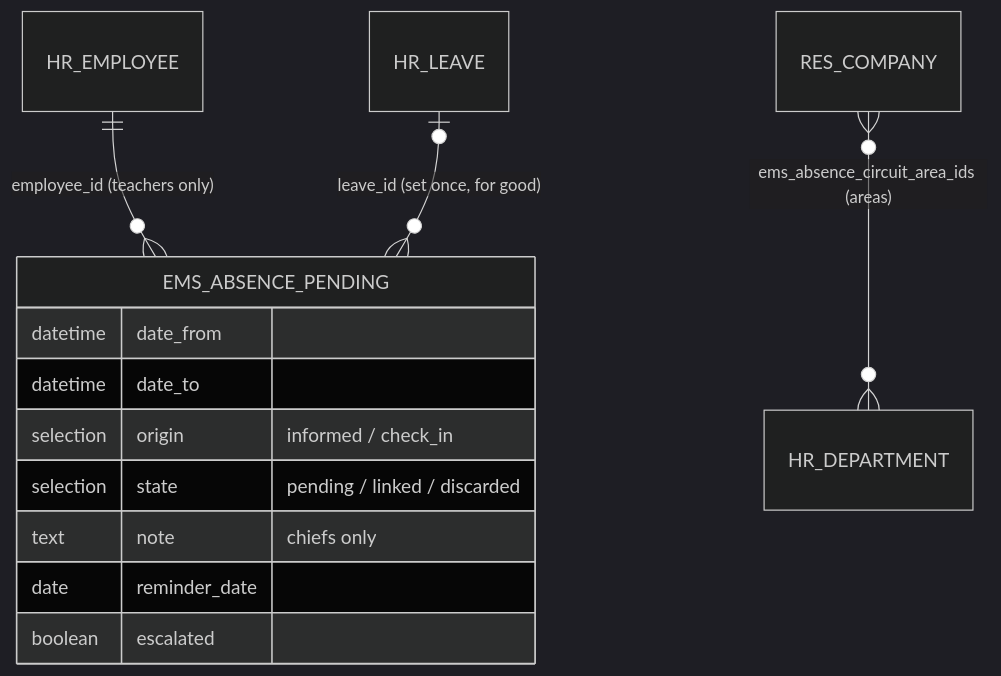
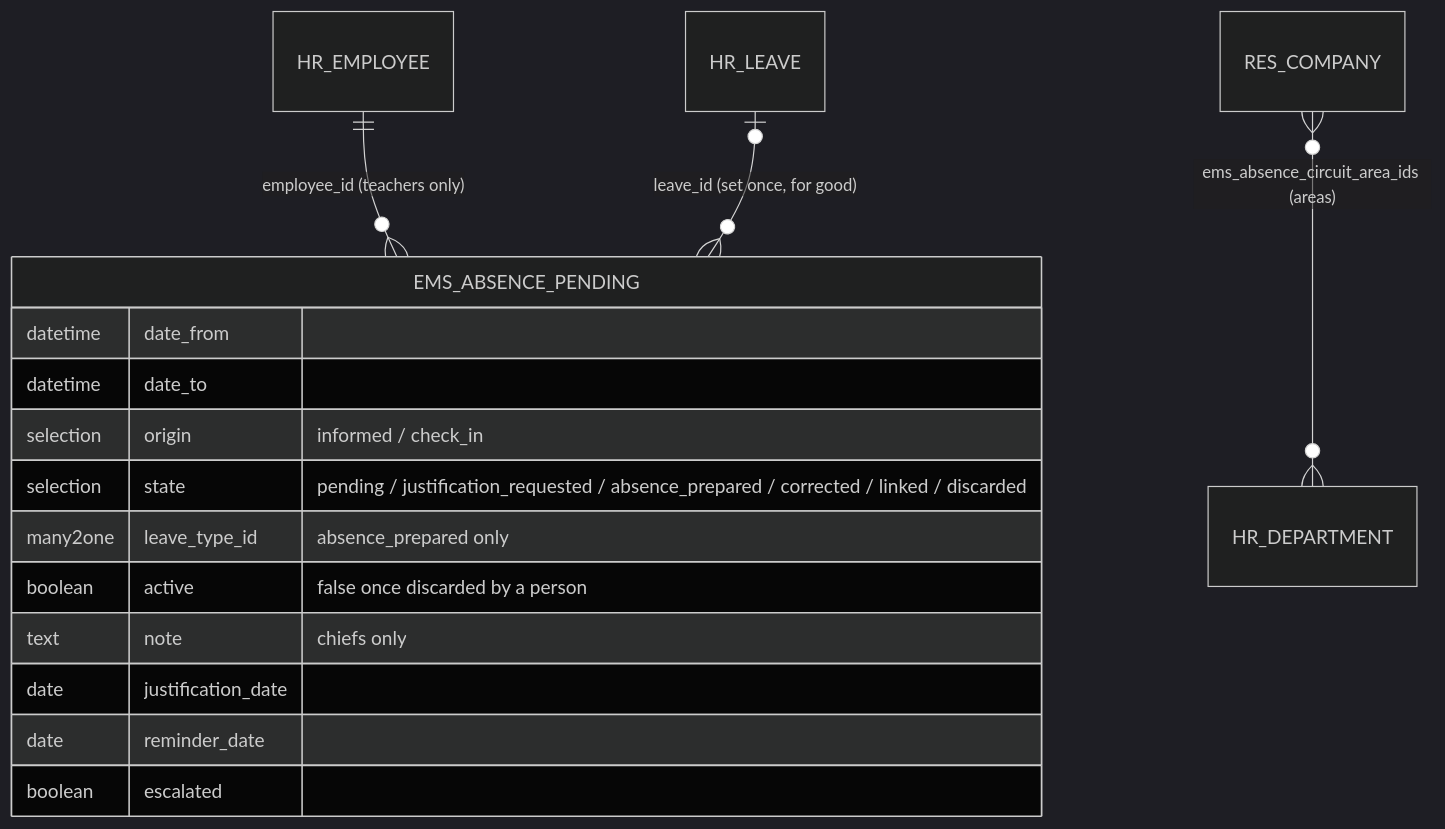
The fifth of 10 diagrams in docs/en/developers/employees/absence.md (ElPuig/EMS), drawn with Mermaid (dark theme) before and after one commit. The commit also changed other lines of this file and 150 other files, not shown here.

````diff
--- a/docs/en/developers/employees/absence.md
+++ b/docs/en/developers/employees/absence.md
@@ -678,15 +702,18 @@
 ```mermaid
 erDiagram
     HR_EMPLOYEE ||--o{ EMS_ABSENCE_PENDING : "employee_id (teachers only)"
     HR_LEAVE |o--o{ EMS_ABSENCE_PENDING : "leave_id (set once, for good)"
     RES_COMPANY }o--o{ HR_DEPARTMENT : "ems_absence_circuit_area_ids (areas)"
     EMS_ABSENCE_PENDING {
         datetime date_from
         datetime date_to
         selection origin "informed / check_in"
-        selection state "pending / linked / discarded"
+        selection state "pending / justification_requested / absence_prepared / corrected / linked / discarded"
+        many2one leave_type_id "absence_prepared only"
+        boolean active "false once discarded by a person"
         text note "chiefs only"
+        date justification_date
         date reminder_date
         boolean escalated
     }
 ```
````
